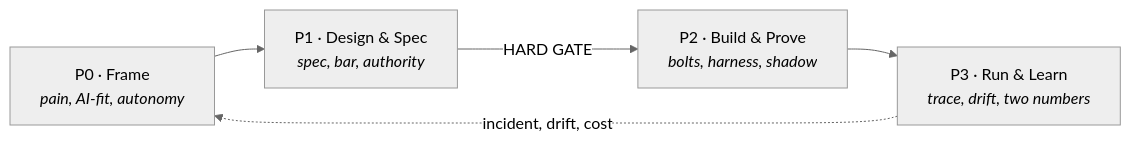
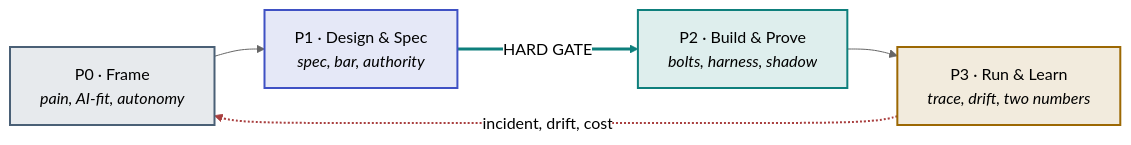
One commit to akash-coded/aws-bedrock-agentcore-strands changed the first of 3 diagrams in wiki/The-Agentic-PDLC.md. Above: the diagram before and after it, drawn with Mermaid (neutral theme). The commit also changed other lines of this file and 1 other file, not shown here.

````diff
--- a/wiki/The-Agentic-PDLC.md
+++ b/wiki/The-Agentic-PDLC.md
@@ -24,7 +24,17 @@
 ```mermaid
 flowchart LR
   P0["P0 · Frame<br/><i>pain, AI-fit, autonomy</i>"] --> P1["P1 · Design & Spec<br/><i>spec, bar, authority</i>"]
   P1 -->|HARD GATE| P2["P2 · Build & Prove<br/><i>bolts, harness, shadow</i>"]
   P2 --> P3["P3 · Run & Learn<br/><i>trace, drift, two numbers</i>"]
   P3 -.->|incident, drift, cost| P0
+  classDef p0 fill:#4A607622,stroke:#4A6076,stroke-width:2px
+  classDef p1 fill:#3F51C422,stroke:#3F51C4,stroke-width:2px
+  classDef p2 fill:#0E7F7C22,stroke:#0E7F7C,stroke-width:2px
+  classDef p3 fill:#9C680322,stroke:#9C6803,stroke-width:2px
+  class P0 p0
+  class P1 p1
+  class P2 p2
+  class P3 p3
+  linkStyle 1 stroke:#0E7F7C,stroke-width:3px
+  linkStyle 3 stroke:#A93F3F,stroke-width:2px
 ```
````
